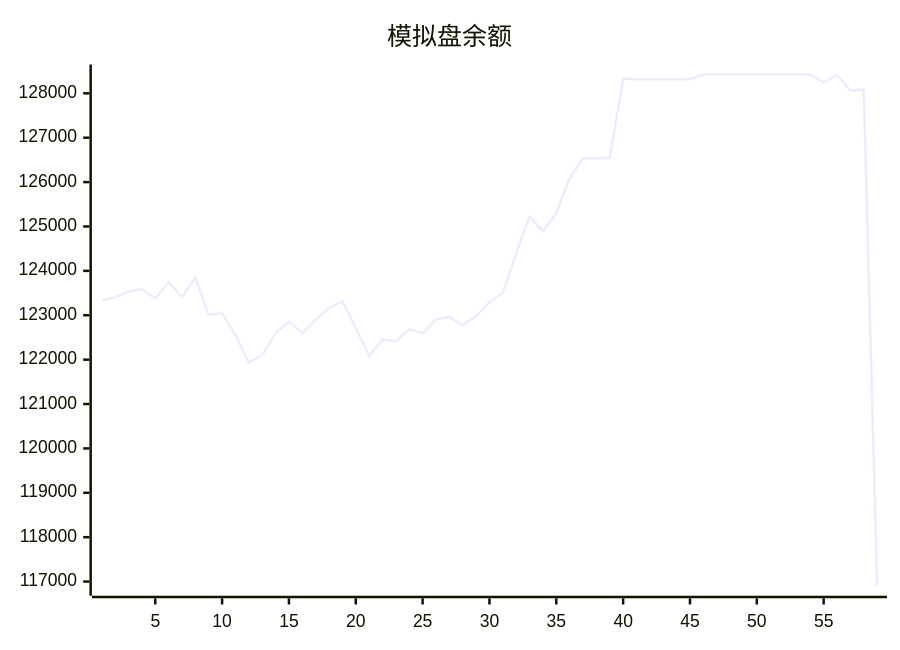
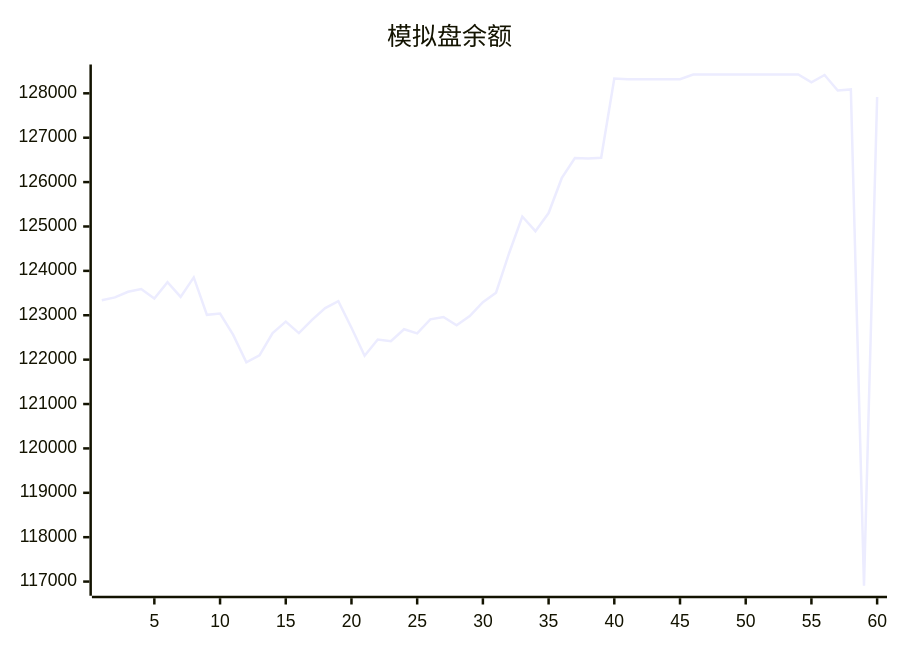
The diagram in trading/README.md (aahl/mcp-aktools), drawn with Mermaid before and after one commit. The commit also changed other lines of this file and 1 other file, not shown here.

````diff
--- a/trading/README.md
+++ b/trading/README.md
@@ -3,5 +3,5 @@
 ```mermaid
 xychart
     title "模拟盘余额"
-    line [123338,123402,123530,123592,123378,123745,123413,123853,123009,123040,122557,121938,122095,122599,122856,122597,122898,123160,123319,122719,122087,122454,122416,122685,122592,122907,122961,122776,122981,123295,123507,124403,125224,124894,125303,126088,126544,126534,126549,128335,128318,128318,128318,128318,128318,128424,128424,128424,128424,128424,128424,128424,128424,128424,128247,128412,128062,128087,116906]
+    line [123338,123402,123530,123592,123378,123745,123413,123853,123009,123040,122557,121938,122095,122599,122856,122597,122898,123160,123319,122719,122087,122454,122416,122685,122592,122907,122961,122776,122981,123295,123507,124403,125224,124894,125303,126088,126544,126534,126549,128335,128318,128318,128318,128318,128318,128424,128424,128424,128424,128424,128424,128424,128424,128424,128247,128412,128062,128087,116906,127917]
 ```
````
